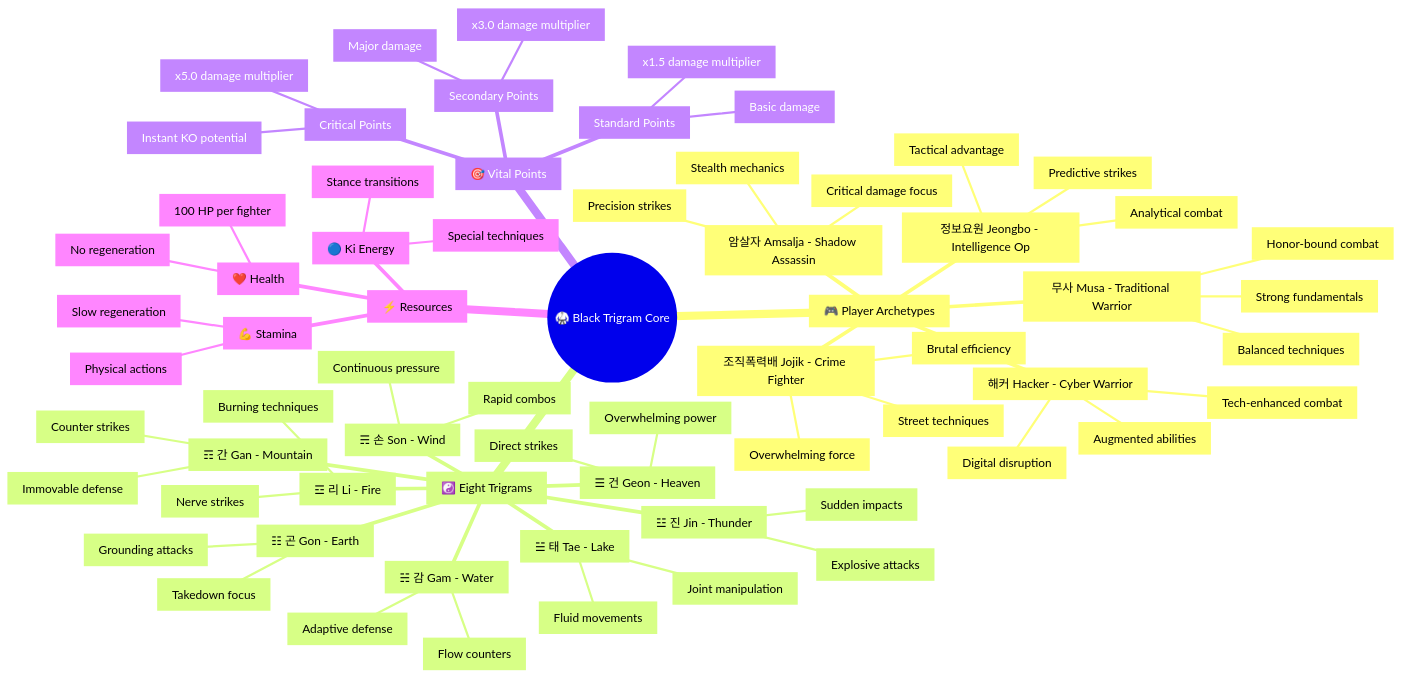
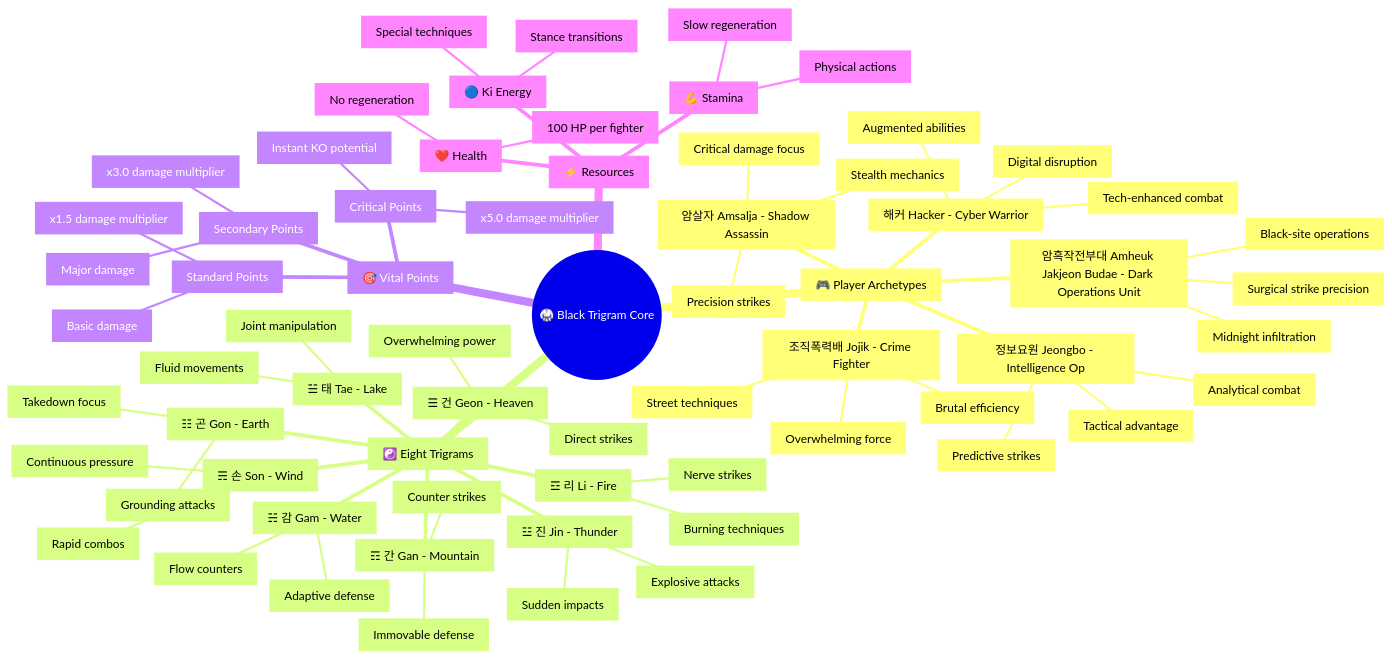
Before and after one commit to Hack23/blacktrigram: diagram 11 of 21 in ARCHITECTURE.md, drawn with Mermaid. The commit also changed 4 other files, not shown here.

Commit message:
Update architecture and design documentation for Dark Operations Unit

````diff
--- a/ARCHITECTURE.md
+++ b/ARCHITECTURE.md
@@ -711,70 +711,70 @@
 ```mermaid
 mindmap
   root((🥋 Black Trigram Core))
     id1[🎮 Player Archetypes]
-      id1.1[무사 Musa - Traditional Warrior]
-        id1.1.1[Honor-bound combat]
-        id1.1.2[Balanced techniques]
-        id1.1.3[Strong fundamentals]
+      id1.1[암흑작전부대 Amheuk Jakjeon Budae - Dark Operations Unit]
+        id1.1.1[Midnight infiltration]
+        id1.1.2[Surgical strike precision]
+        id1.1.3[Black-site operations]
       id1.2[암살자 Amsalja - Shadow Assassin]
         id1.2.1[Precision strikes]
         id1.2.2[Stealth mechanics]
         id1.2.3[Critical damage focus]
       id1.3[해커 Hacker - Cyber Warrior]
         id1.3.1[Tech-enhanced combat]
         id1.3.2[Digital disruption]
         id1.3.3[Augmented abilities]
       id1.4[정보요원 Jeongbo - Intelligence Op]
         id1.4.1[Analytical combat]
         id1.4.2[Predictive strikes]
         id1.4.3[Tactical advantage]
       id1.5[조직폭력배 Jojik - Crime Fighter]
         id1.5.1[Brutal efficiency]
         id1.5.2[Street techniques]
         id1.5.3[Overwhelming force]
     id2[☯️ Eight Trigrams]
       id2.1[☰ 건 Geon - Heaven]
         id2.1.1[Direct strikes]
         id2.1.2[Overwhelming power]
       id2.2[☱ 태 Tae - Lake]
         id2.2.1[Fluid movements]
         id2.2.2[Joint manipulation]
       id2.3[☲ 리 Li - Fire]
         id2.3.1[Nerve strikes]
         id2.3.2[Burning techniques]
       id2.4[☳ 진 Jin - Thunder]
         id2.4.1[Explosive attacks]
         id2.4.2[Sudden impacts]
       id2.5[☴ 손 Son - Wind]
         id2.5.1[Continuous pressure]
         id2.5.2[Rapid combos]
       id2.6[☵ 감 Gam - Water]
         id2.6.1[Adaptive defense]
         id2.6.2[Flow counters]
       id2.7[☶ 간 Gan - Mountain]
         id2.7.1[Immovable defense]
         id2.7.2[Counter strikes]
       id2.8[☷ 곤 Gon - Earth]
         id2.8.1[Grounding attacks]
         id2.8.2[Takedown focus]
     id3[🎯 Vital Points]
       id3.1[Critical Points]
         id3.1.1[Instant KO potential]
         id3.1.2[x5.0 damage multiplier]
       id3.2[Secondary Points]
         id3.2.1[Major damage]
         id3.2.2[x3.0 damage multiplier]
       id3.3[Standard Points]
         id3.3.1[Basic damage]
         id3.3.2[x1.5 damage multiplier]
     id4[⚡ Resources]
       id4.1[❤️ Health]
         id4.1.1[100 HP per fighter]
         id4.1.2[No regeneration]
       id4.2[💪 Stamina]
         id4.2.1[Physical actions]
         id4.2.2[Slow regeneration]
       id4.3[🔵 Ki Energy]
         id4.3.1[Special techniques]
         id4.3.2[Stance transitions]
 ```
````
